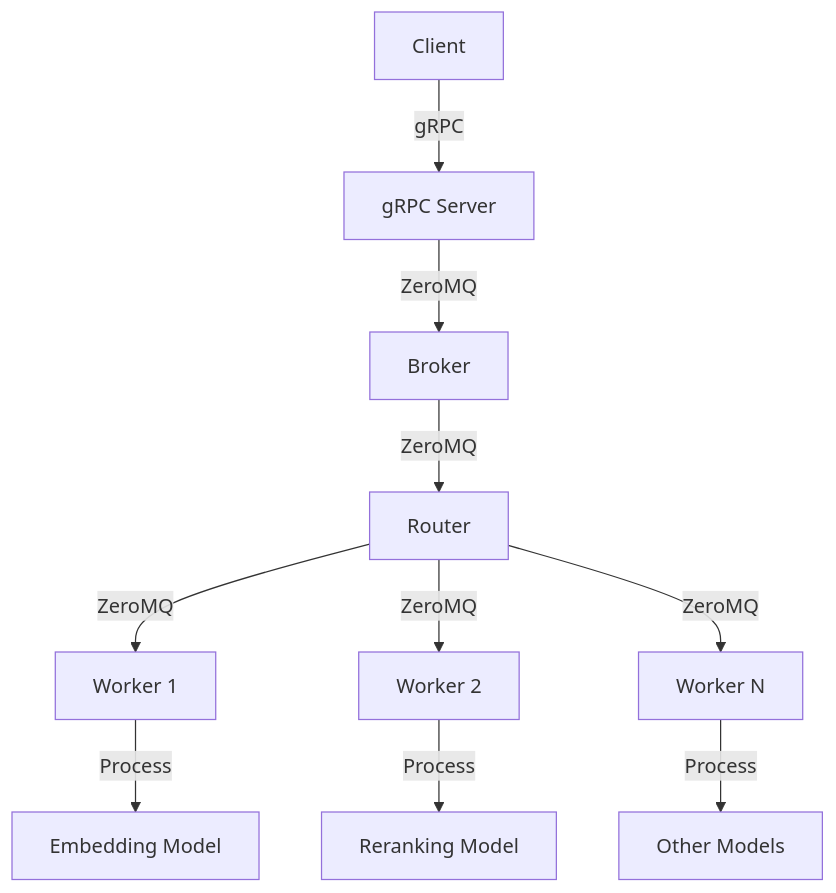
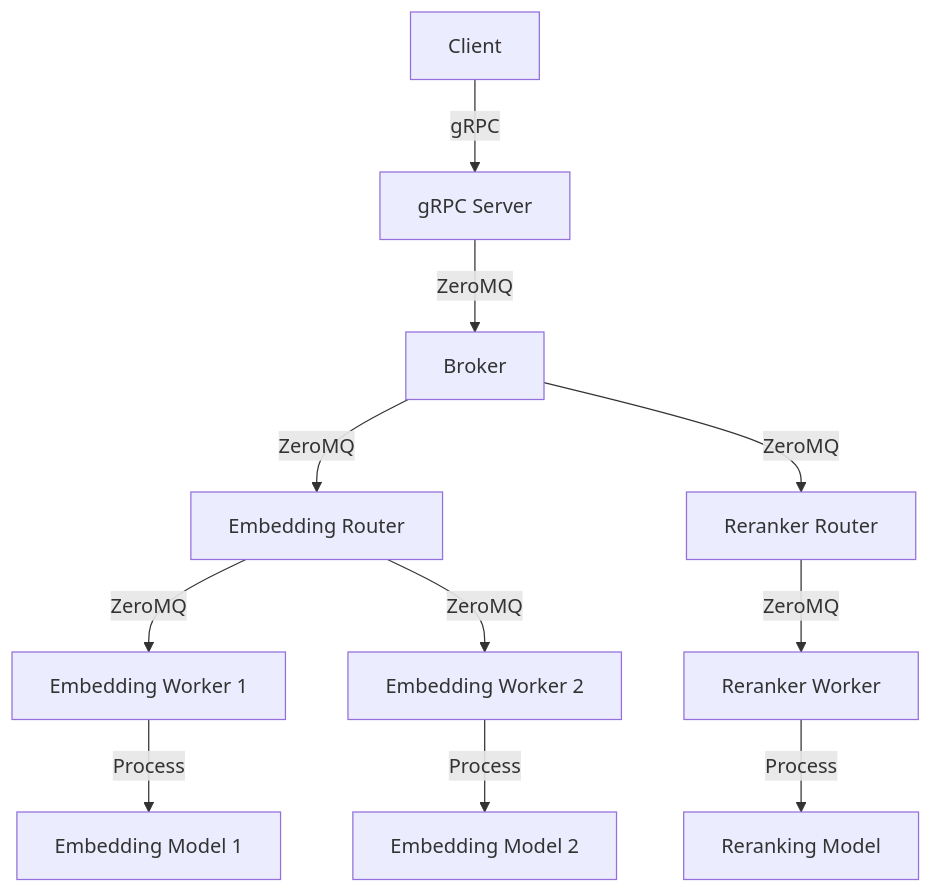
Before and after one commit to milkymap/generic-vectorizer: the diagram in README.md, drawn with Mermaid.

Commit message:
update flow

````diff
--- a/README.md
+++ b/README.md
@@ -20,12 +20,13 @@
 ```mermaid
 graph TD
     A[Client] -->|gRPC| B[gRPC Server]
     B -->|ZeroMQ| C[Broker]
-    C -->|ZeroMQ| D[Router]
-    D -->|ZeroMQ| E[Worker 1]
-    D -->|ZeroMQ| F[Worker 2]
-    D -->|ZeroMQ| G[Worker N]
-    E -->|Process| H[Embedding Model]
-    F -->|Process| I[Reranking Model]
-    G -->|Process| J[Other Models]
+    C -->|ZeroMQ| D[Embedding Router]
+    C -->|ZeroMQ| E[Reranker Router]
+    D -->|ZeroMQ| F[Embedding Worker 1]
+    D -->|ZeroMQ| G[Embedding Worker 2]
+    E -->|ZeroMQ| H[Reranker Worker]
+    F -->|Process| I[Embedding Model 1]
+    G -->|Process| J[Embedding Model 2]
+    H -->|Process| K[Reranking Model]
 ```
````
